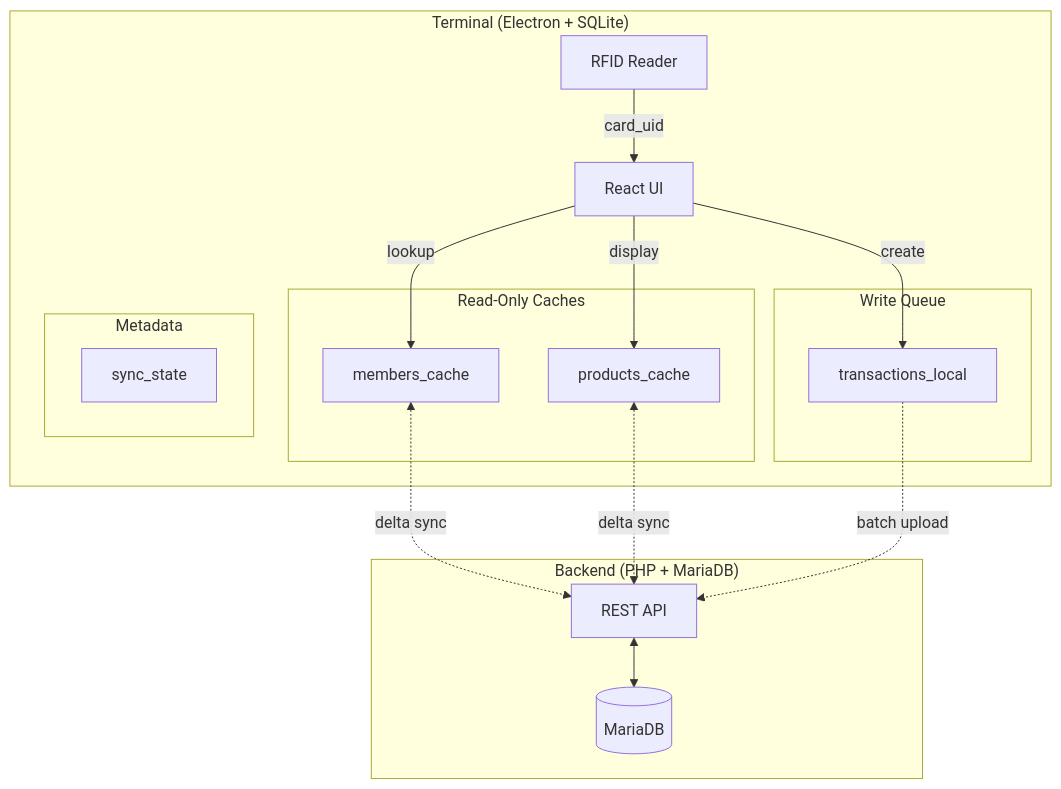
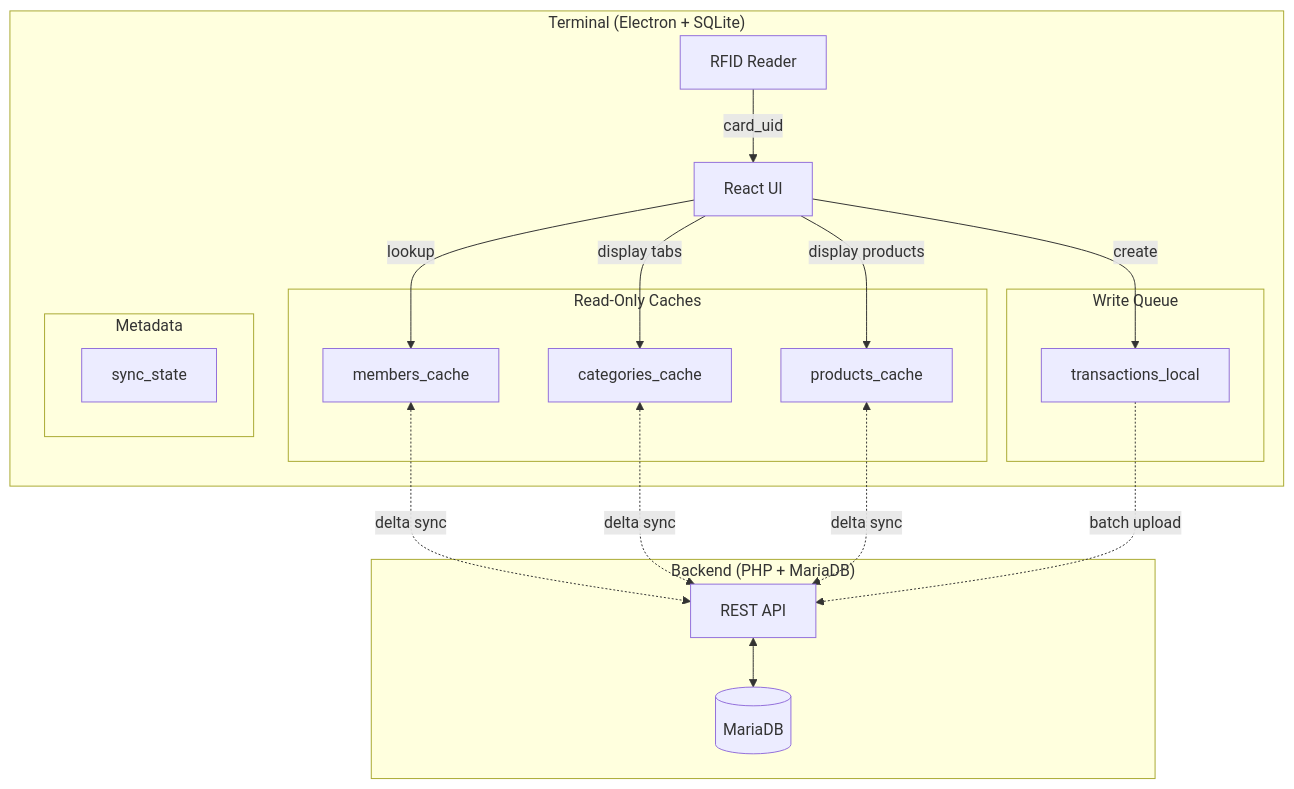
One commit to dgloeckner/clubbar changed the third of 3 diagrams in docs/erm-frontend.md. Above: the diagram before and after it, drawn with Mermaid. The commit also changed other lines of this file and 1 other file, not shown here.

````diff
--- a/docs/erm-frontend.md
+++ b/docs/erm-frontend.md
@@ -204,33 +239,36 @@
 ```mermaid
 flowchart TB
     subgraph Terminal["Terminal (Electron + SQLite)"]
         subgraph RO["Read-Only Caches"]
             MC[members_cache]
+            CC[categories_cache]
             PC[products_cache]
         end
         subgraph WQ["Write Queue"]
             TL[transactions_local]
         end
         subgraph Meta["Metadata"]
             SS[sync_state]
         end
         UI[React UI]
         RFID[RFID Reader]
     end
 
     subgraph Backend["Backend (PHP + MariaDB)"]
         API[REST API]
         DB[(MariaDB)]
     end
 
     RFID -->|card_uid| UI
     UI -->|lookup| MC
-    UI -->|display| PC
+    UI -->|display tabs| CC
+    UI -->|display products| PC
     UI -->|create| TL
 
     MC <-.->|delta sync| API
+    CC <-.->|delta sync| API
     PC <-.->|delta sync| API
     TL -.->|batch upload| API
 
     API <--> DB
 ```
````
